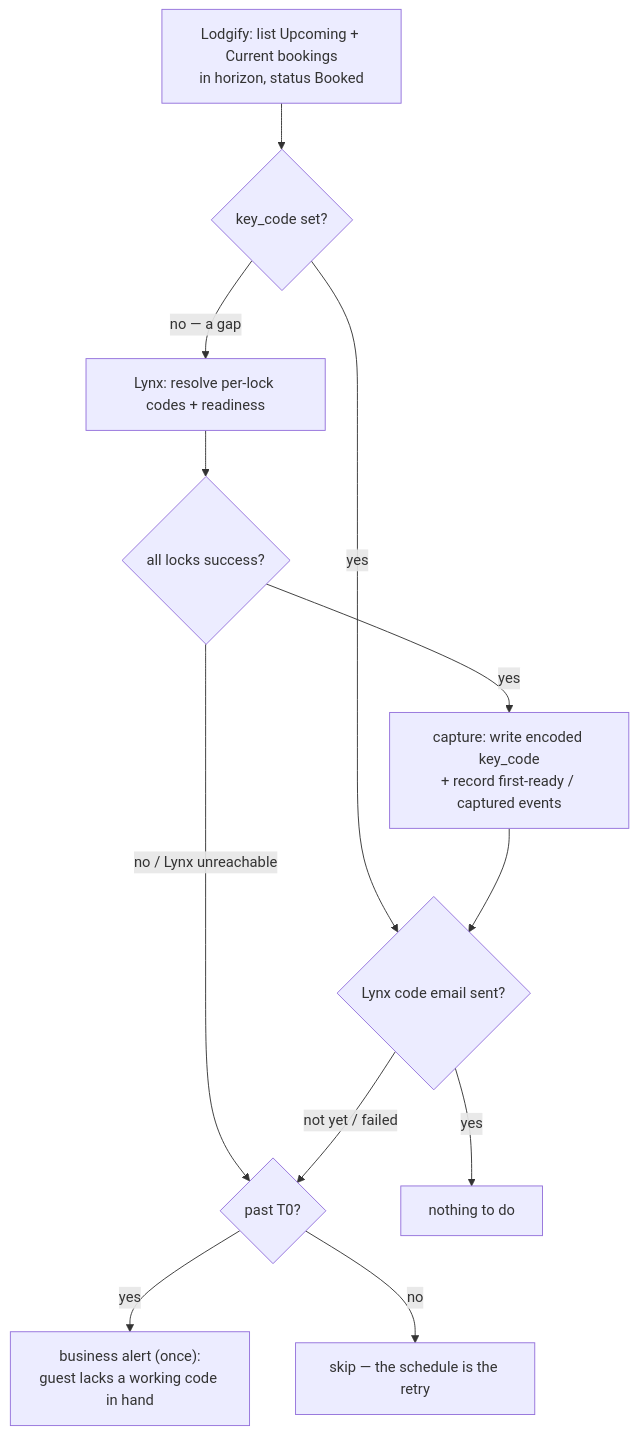
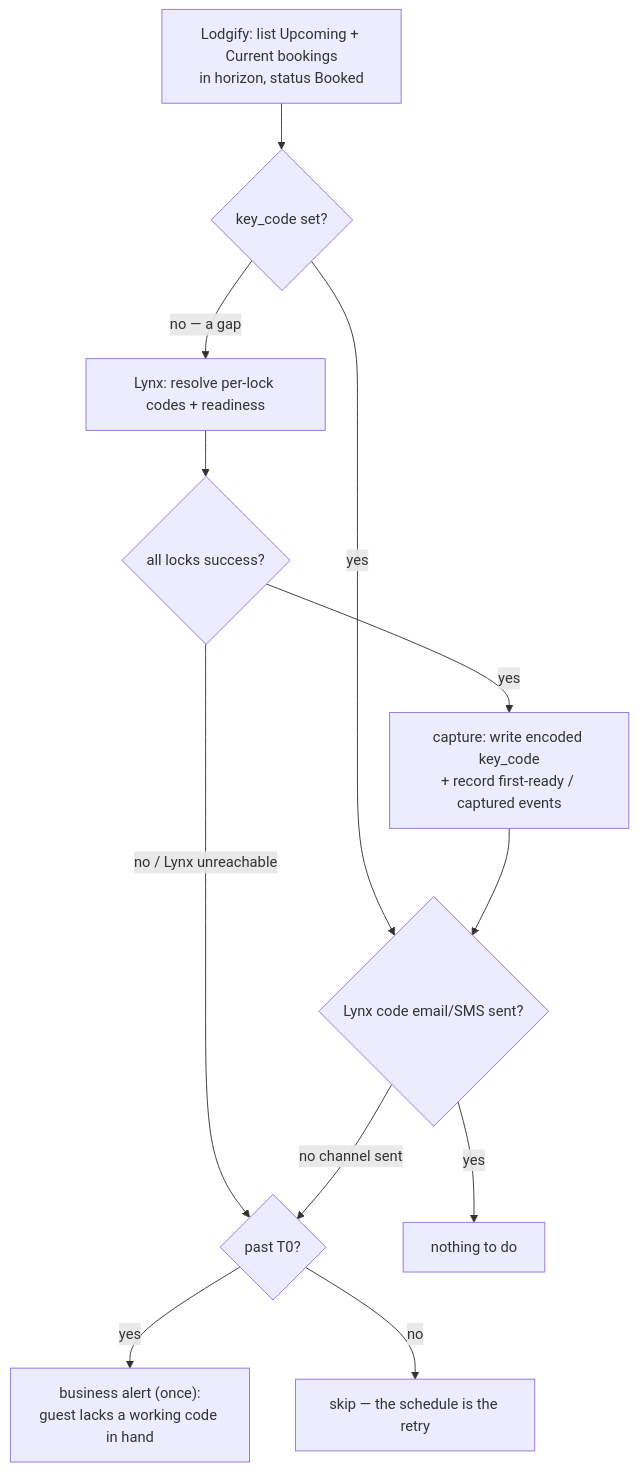
Before and after one commit to twin-digital/opus: the diagram in nodejs/apps/lock-link/docs/architecture-sure-lock.md, drawn with Mermaid. The commit also changed other lines of this file and 1 other file, not shown here.

First line of the commit message:
docs(lock-link): SMS delivery-status endpoint; confirm email-status unknowns

````diff
--- a/nodejs/apps/lock-link/docs/architecture-sure-lock.md
+++ b/nodejs/apps/lock-link/docs/architecture-sure-lock.md
@@ -51,14 +51,14 @@
 ```mermaid
 flowchart TD
     L["Lodgify: list Upcoming + Current bookings<br/>in horizon, status Booked"] --> G{"key_code set?"}
     G -- "no — a gap" --> R["Lynx: resolve per-lock codes + readiness"]
     R --> RD{"all locks success?"}
     RD -- yes --> W["capture: write encoded key_code<br/>+ record first-ready / captured events"]
     RD -- "no / Lynx unreachable" --> T{"past T0?"}
-    G -- yes --> ES{"Lynx code email sent?"}
+    G -- yes --> ES{"Lynx code email/SMS sent?"}
     W --> ES
-    ES -- "not yet / failed" --> T
+    ES -- "no channel sent" --> T
     ES -- yes --> DONE["nothing to do"]
     T -- yes --> AL["business alert (once):<br/>guest lacks a working code in hand"]
     T -- no --> S["skip — the schedule is the retry"]
 ```
````
